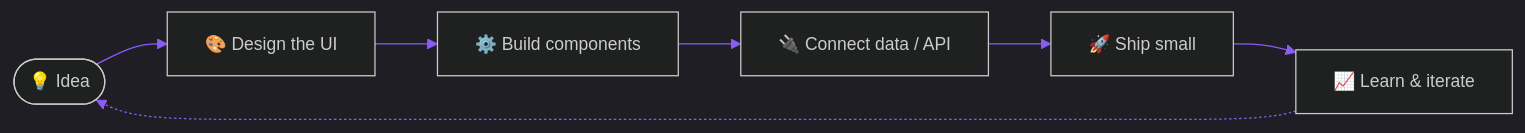
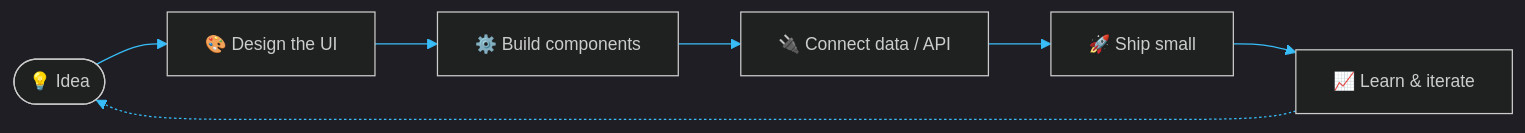
Before and after one commit to ArifiXion/ArifiXion: the diagram in README.md, drawn with Mermaid. The commit also changed other lines of this file, not shown here.

````diff
--- a/README.md
+++ b/README.md
@@ -57,10 +57,10 @@
 ```mermaid
-%%{init: {'theme':'dark','themeVariables':{'primaryColor':'#1e1038','primaryTextColor':'#ffffff','primaryBorderColor':'#8b5cf6','lineColor':'#8b5cf6','fontSize':'14px'}}}%%
+%%{init: {'theme':'dark','themeVariables':{'primaryColor':'#0f1a2e','primaryTextColor':'#ffffff','primaryBorderColor':'#38bdf8','lineColor':'#38bdf8','fontSize':'14px'}}}%%
 flowchart LR
     A([💡 Idea]) --> B[🎨 Design the UI]
     B --> C[⚙️ Build components]
     C --> D[🔌 Connect data / API]
     D --> E[🚀 Ship small]
     E --> F[📈 Learn & iterate]
     F -.-> A
 ```
````
